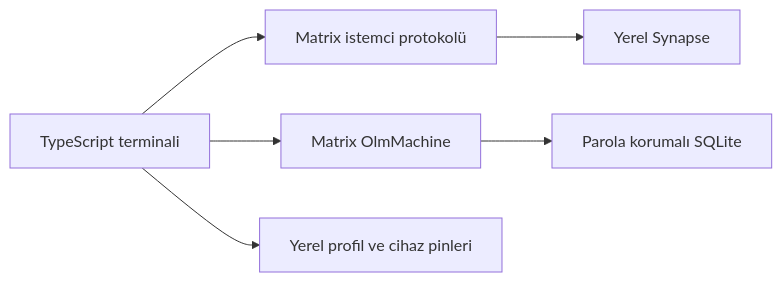
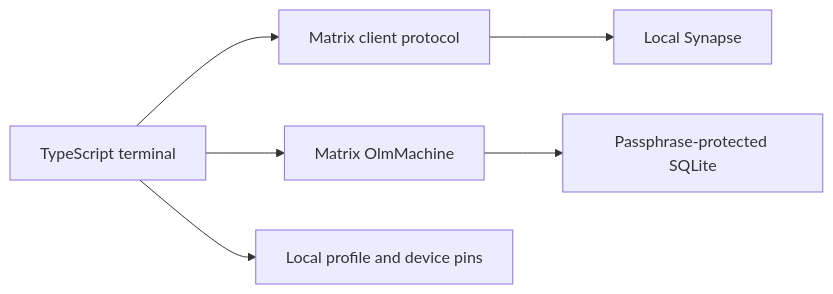
The diagram in docs/portfolio/technical-design.md (menura02/heartwood), drawn with Mermaid before and after one commit. The commit also changed other lines of this file and 25 other files, not shown here.

````diff
--- a/docs/portfolio/technical-design.md
+++ b/docs/portfolio/technical-design.md
@@ -11,8 +13,8 @@
 ```mermaid
 flowchart LR
-    T[TypeScript terminali] --> M[Matrix istemci protokolü]
-    M --> S[Yerel Synapse]
+    T[TypeScript terminal] --> M[Matrix client protocol]
+    M --> S[Local Synapse]
     T --> C[Matrix OlmMachine]
-    C --> D[Parola korumalı SQLite]
-    T --> P[Yerel profil ve cihaz pinleri]
+    C --> D[Passphrase-protected SQLite]
+    T --> P[Local profile and device pins]
 ```
````
